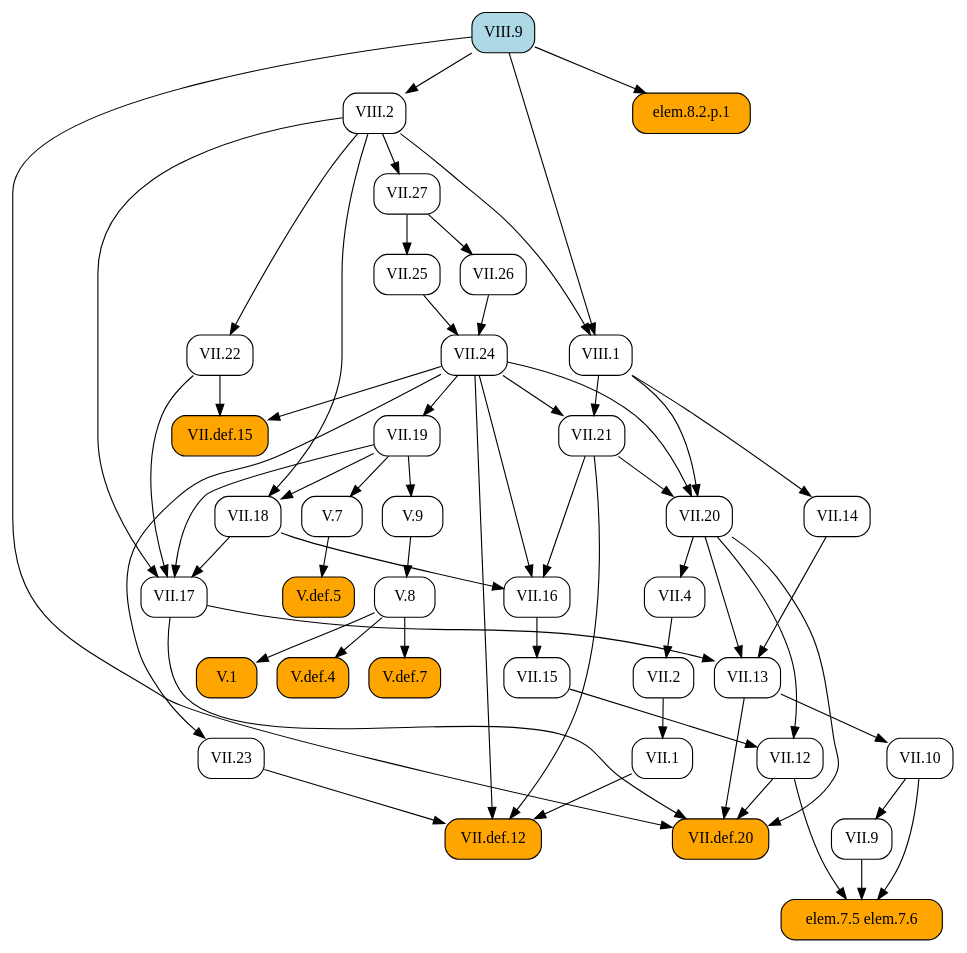
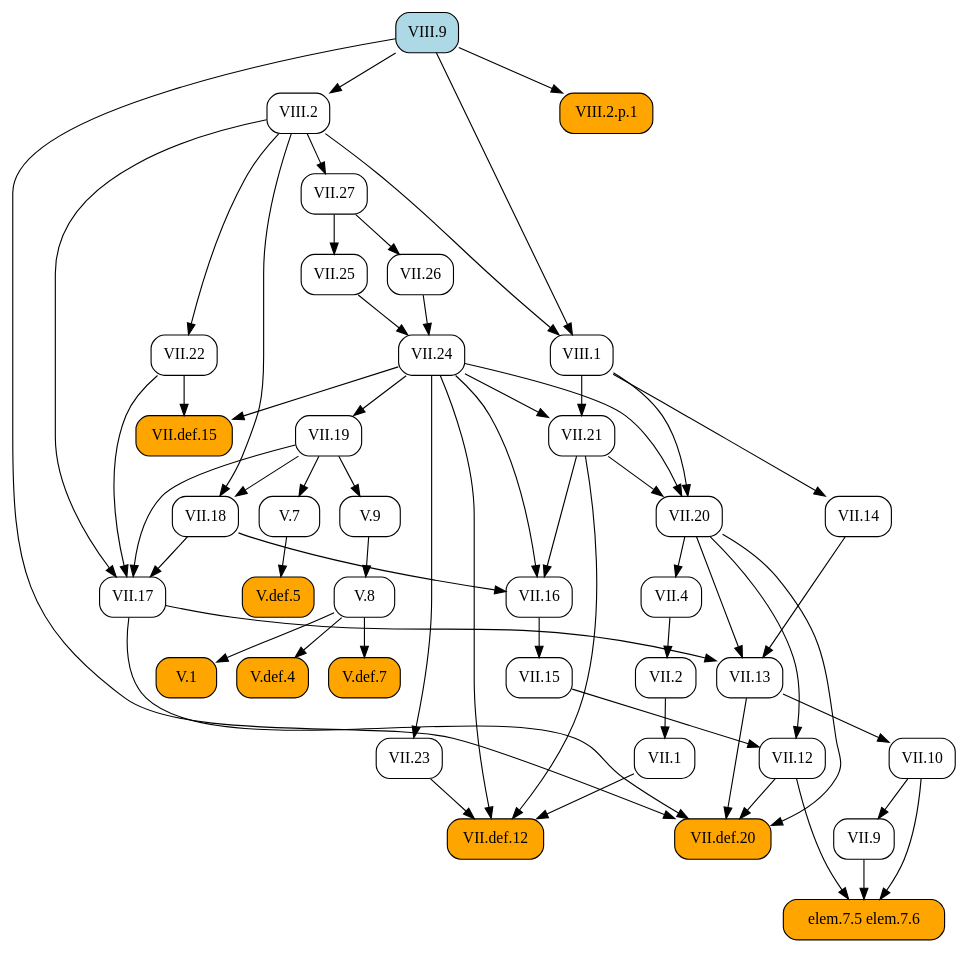
One commit to geometor/elements changed the diagram in docsrc/heath/VIII/9/index.rst. Above: the diagram before and after it, drawn with Graphviz. The commit also changed other lines of this file and 484 other files, not shown here.

```diff
--- a/docsrc/heath/VIII/9/index.rst
+++ b/docsrc/heath/VIII/9/index.rst
@@ -54,99 +54,99 @@
    digraph {
      rankdir="TB";
      node [shape=box, style=rounded];
-     "VII.1" [URL="/heath/VII/1/", target="_top"];
+     "VII.12" [URL="/heath/VII/12/", target="_top"];
+     "elem.7.5 elem.7.6" [style="rounded,filled", fillcolor=orange];
      "VII.9" [URL="/heath/VII/9/", target="_top"];
+     "VIII.2" [URL="/heath/VIII/2/", target="_top"];
+     "VII.18" [URL="/heath/VII/18/", target="_top"];
+     "VII.16" [URL="/heath/VII/16/", target="_top"];
+     "V.7" [URL="/heath/V/7/", target="_top"];
+     "VIII.9" [style="rounded,filled", fillcolor=lightblue, URL="/heath/VIII/9/", target="_top"];
+     "VII.26" [URL="/heath/VII/26/", target="_top"];
      "V.def.5" [style="rounded,filled", fillcolor=orange, URL="/heath/V/def.5/", target="_top"];
+     "V.9" [URL="/heath/V/9/", target="_top"];
+     "VII.10" [URL="/heath/VII/10/", target="_top"];
+     "VII.13" [URL="/heath/VII/13/", target="_top"];
+     "VII.def.15" [style="rounded,filled", fillcolor=orange, URL="/heath/VII/def.15/", target="_top"];
      "VII.17" [URL="/heath/VII/17/", target="_top"];
-     "elem.7.5 elem.7.6" [style="rounded,filled", fillcolor=orange];
-     "VIII.9" [style="rounded,filled", fillcolor=lightblue, URL="/heath/VIII/9/", target="_top"];
-     "V.7" [URL="/heath/V/7/", target="_top"];
-     "V.9" [URL="/heath/V/9/", target="_top"];
-     "VII.13" [URL="/heath/VII/13/", target="_top"];
+     "VIII.2.p.1" [style="rounded,filled", fillcolor=orange];
+     "VII.19" [URL="/heath/VII/19/", target="_top"];
      "VII.2" [URL="/heath/VII/2/", target="_top"];
-     "VIII.1" [URL="/heath/VIII/1/", target="_top"];
-     "VIII.2" [URL="/heath/VIII/2/", target="_top"];
-     "VII.12" [URL="/heath/VII/12/", target="_top"];
-     "VII.24" [URL="/heath/VII/24/", target="_top"];
-     "VII.def.12" [style="rounded,filled", fillcolor=orange, URL="/heath/VII/def.12/", target="_top"];
-     "V.8" [URL="/heath/V/8/", target="_top"];
-     "VII.10" [URL="/heath/VII/10/", target="_top"];
-     "VII.def.15" [style="rounded,filled", fillcolor=orange, URL="/heath/VII/def.15/", target="_top"];
-     "VII.18" [URL="/heath/VII/18/", target="_top"];
-     "VII.19" [URL="/heath/VII/19/", target="_top"];
-     "VII.16" [URL="/heath/VII/16/", target="_top"];
-     "VII.26" [URL="/heath/VII/26/", target="_top"];
-     "VII.4" [URL="/heath/VII/4/", target="_top"];
-     "VII.25" [URL="/heath/VII/25/", target="_top"];
-     "VII.21" [URL="/heath/VII/21/", target="_top"];
-     "V.1" [style="rounded,filled", fillcolor=orange, URL="/heath/V/1/", target="_top"];
-     "VII.20" [URL="/heath/VII/20/", target="_top"];
+     "VII.def.20" [style="rounded,filled", fillcolor=orange, URL="/heath/VII/def.20/", target="_top"];
+     "VII.15" [URL="/heath/VII/15/", target="_top"];
+     "V.def.4" [style="rounded,filled", fillcolor=orange, URL="/heath/V/def.4/", target="_top"];
+     "V.def.7" [style="rounded,filled", fillcolor=orange, URL="/heath/V/def.7/", target="_top"];
      "VII.14" [URL="/heath/VII/14/", target="_top"];
      "VII.27" [URL="/heath/VII/27/", target="_top"];
-     "V.def.4" [style="rounded,filled", fillcolor=orange, URL="/heath/V/def.4/", target="_top"];
+     "VII.21" [URL="/heath/VII/21/", target="_top"];
      "VII.22" [URL="/heath/VII/22/", target="_top"];
-     "V.def.7" [style="rounded,filled", fillcolor=orange, URL="/heath/V/def.7/", target="_top"];
+     "VII.25" [URL="/heath/VII/25/", target="_top"];
+     "VIII.1" [URL="/heath/VIII/1/", target="_top"];
+     "VII.1" [URL="/heath/VII/1/", target="_top"];
+     "V.8" [URL="/heath/V/8/", target="_top"];
      "VII.23" [URL="/heath/VII/23/", target="_top"];
-     "VII.15" [URL="/heath/VII/15/", target="_top"];
-     "VII.def.20" [style="rounded,filled", fillcolor=orange, URL="/heath/VII/def.20/", target="_top"];
-     "elem.8.2.p.1" [style="rounded,filled", fillcolor=orange];
-     "VII.2" -> "VII.1";
+     "VII.4" [URL="/heath/VII/4/", target="_top"];
+     "VII.def.12" [style="rounded,filled", fillcolor=orange, URL="/heath/VII/def.12/", target="_top"];
+     "V.1" [style="rounded,filled", fillcolor=orange, URL="/heath/V/1/", target="_top"];
+     "VII.24" [URL="/heath/VII/24/", target="_top"];
+     "VII.20" [URL="/heath/VII/20/", target="_top"];
+     "VII.15" -> "VII.12";
+     "VII.20" -> "VII.12";
+     "VII.9" -> "elem.7.5 elem.7.6";
+     "VII.10" -> "elem.7.5 elem.7.6";
+     "VII.12" -> "elem.7.5 elem.7.6";
      "VII.10" -> "VII.9";
+     "VIII.9" -> "VIII.2";
+     "VII.19" -> "VII.18";
+     "VIII.2" -> "VII.18";
+     "VII.18" -> "VII.16";
+     "VII.21" -> "VII.16";
+     "VII.24" -> "VII.16";
+     "VII.19" -> "V.7";
+     "VII.27" -> "VII.26";
      "V.7" -> "V.def.5";
+     "VII.19" -> "V.9";
+     "VII.13" -> "VII.10";
+     "VII.14" -> "VII.13";
+     "VII.17" -> "VII.13";
+     "VII.20" -> "VII.13";
+     "VII.22" -> "VII.def.15";
+     "VII.24" -> "VII.def.15";
      "VII.18" -> "VII.17";
      "VII.19" -> "VII.17";
      "VII.22" -> "VII.17";
      "VIII.2" -> "VII.17";
-     "VII.9" -> "elem.7.5 elem.7.6";
-     "VII.10" -> "elem.7.5 elem.7.6";
-     "VII.12" -> "elem.7.5 elem.7.6";
-     "VII.19" -> "V.7";
-     "VII.19" -> "V.9";
-     "VII.14" -> "VII.13";
-     "VII.17" -> "VII.13";
-     "VII.20" -> "VII.13";
+     "VIII.9" -> "VIII.2.p.1";
+     "VII.24" -> "VII.19";
      "VII.4" -> "VII.2";
-     "VIII.2" -> "VIII.1";
-     "VIII.9" -> "VIII.1";
-     "VIII.9" -> "VIII.2";
-     "VII.15" -> "VII.12";
-     "VII.20" -> "VII.12";
-     "VII.25" -> "VII.24";
-     "VII.26" -> "VII.24";
-     "VII.1" -> "VII.def.12";
-     "VII.21" -> "VII.def.12";
-     "VII.23" -> "VII.def.12";
-     "VII.24" -> "VII.def.12";
-     "V.9" -> "V.8";
-     "VII.13" -> "VII.10";
-     "VII.22" -> "VII.def.15";
-     "VII.24" -> "VII.def.15";
-     "VII.19" -> "VII.18";
-     "VIII.2" -> "VII.18";
-     "VII.24" -> "VII.19";
-     "VII.18" -> "VII.16";
-     "VII.21" -> "VII.16";
-     "VII.24" -> "VII.16";
-     "VII.27" -> "VII.26";
-     "VII.20" -> "VII.4";
-     "VII.27" -> "VII.25";
-     "VII.24" -> "VII.21";
-     "VIII.1" -> "VII.21";
-     "V.8" -> "V.1";
-     "VII.21" -> "VII.20";
-     "VII.24" -> "VII.20";
-     "VIII.1" -> "VII.20";
-     "VIII.1" -> "VII.14";
-     "VIII.2" -> "VII.27";
-     "V.8" -> "V.def.4";
-     "VIII.2" -> "VII.22";
-     "V.8" -> "V.def.7";
-     "VII.24" -> "VII.23";
-     "VII.16" -> "VII.15";
      "VII.12" -> "VII.def.20";
      "VII.13" -> "VII.def.20";
      "VII.17" -> "VII.def.20";
      "VII.20" -> "VII.def.20";
      "VIII.9" -> "VII.def.20";
-     "VIII.9" -> "elem.8.2.p.1";
+     "VII.16" -> "VII.15";
+     "V.8" -> "V.def.4";
+     "V.8" -> "V.def.7";
+     "VIII.1" -> "VII.14";
+     "VIII.2" -> "VII.27";
+     "VII.24" -> "VII.21";
+     "VIII.1" -> "VII.21";
+     "VIII.2" -> "VII.22";
+     "VII.27" -> "VII.25";
+     "VIII.2" -> "VIII.1";
+     "VIII.9" -> "VIII.1";
+     "VII.2" -> "VII.1";
+     "V.9" -> "V.8";
+     "VII.24" -> "VII.23";
+     "VII.20" -> "VII.4";
+     "VII.1" -> "VII.def.12";
+     "VII.21" -> "VII.def.12";
+     "VII.23" -> "VII.def.12";
+     "VII.24" -> "VII.def.12";
+     "V.8" -> "V.1";
+     "VII.25" -> "VII.24";
+     "VII.26" -> "VII.24";
+     "VII.21" -> "VII.20";
+     "VII.24" -> "VII.20";
+     "VIII.1" -> "VII.20";
    }
```
